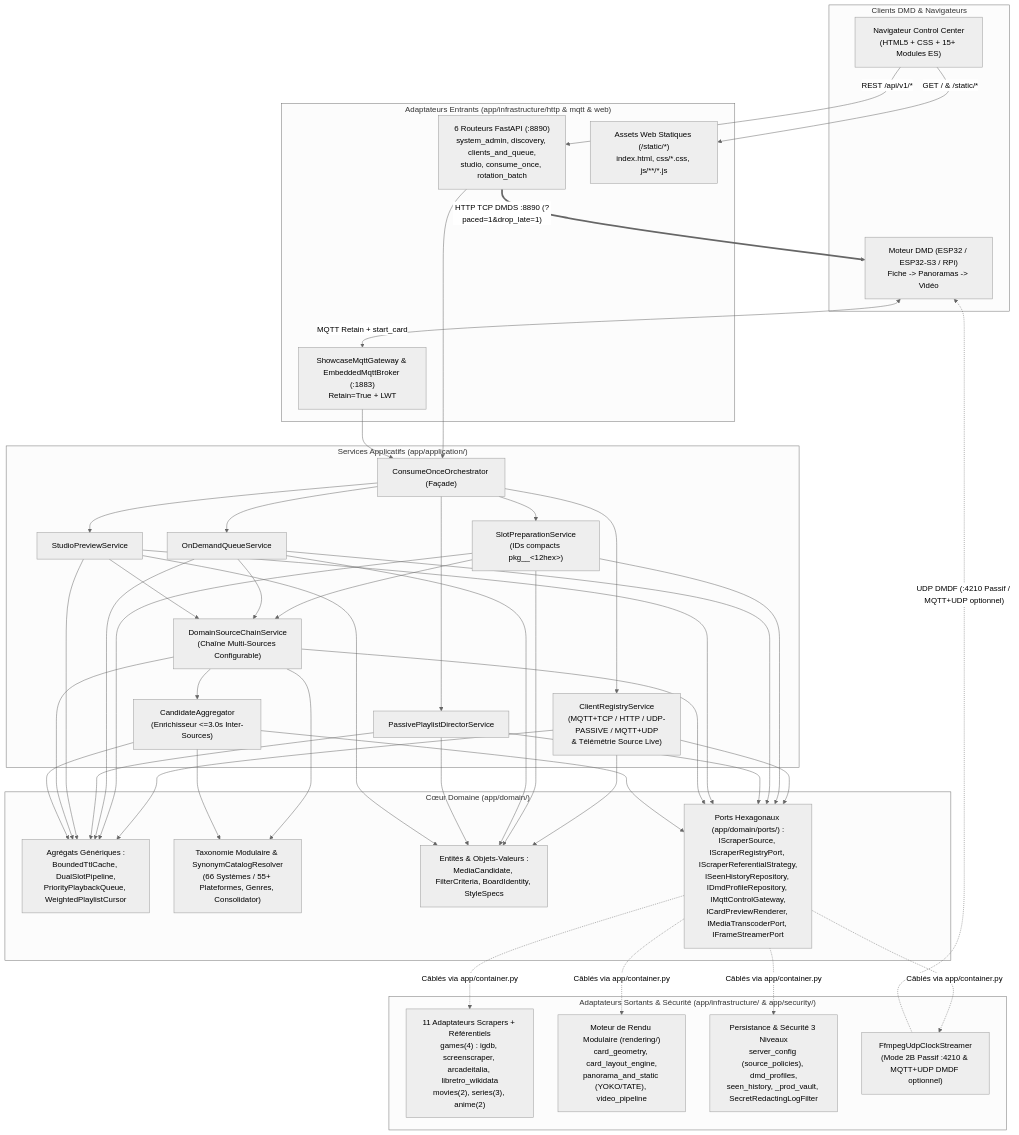
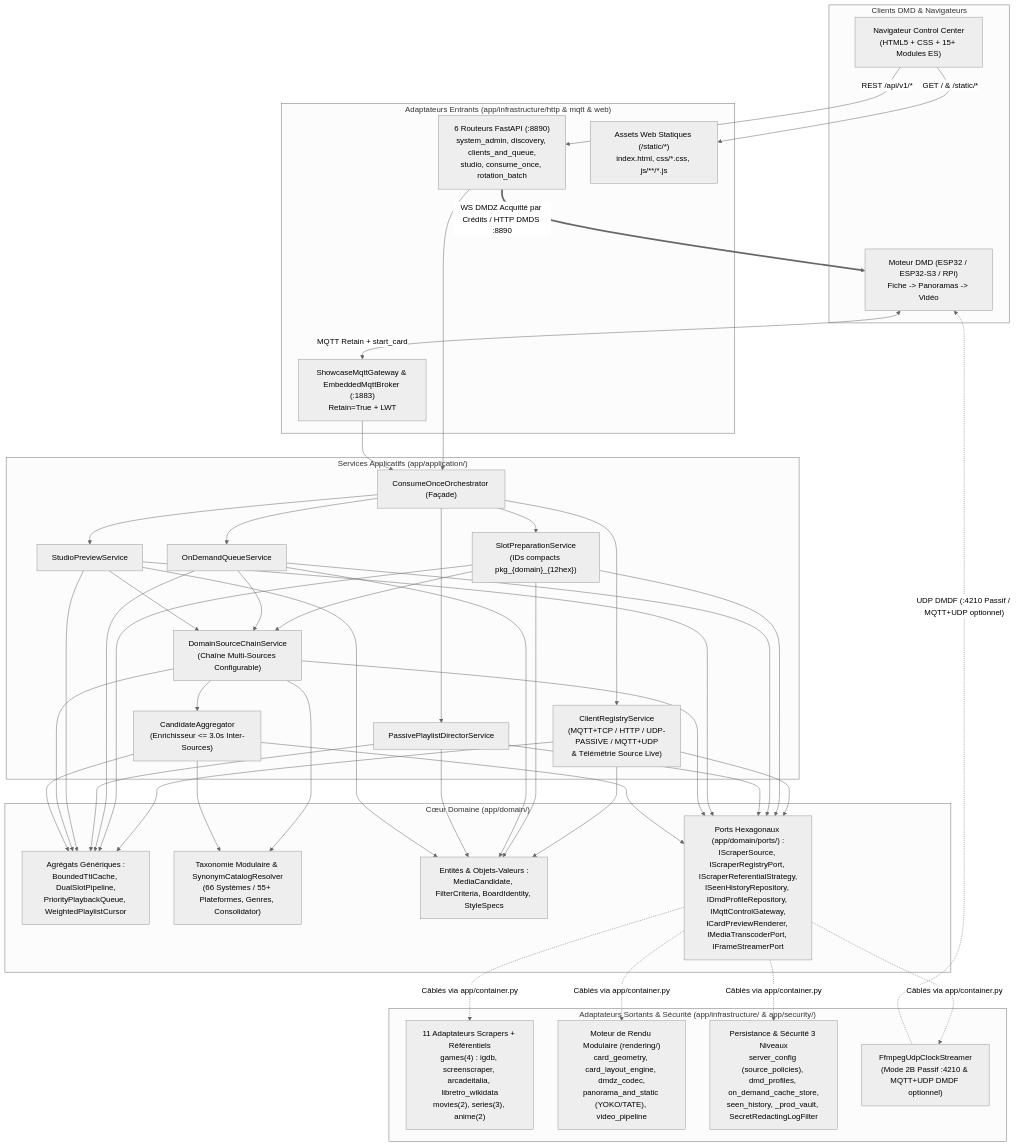
The first of 2 diagrams in docs/ARCHITECTURE_FR.md (red77290/dmd_media_showcase), drawn with Mermaid (neutral theme) before and after one commit. The commit also changed other lines of this file and 24 other files, not shown here.

````diff
--- a/docs/ARCHITECTURE_FR.md
+++ b/docs/ARCHITECTURE_FR.md
@@ -18,52 +18,52 @@
 ```mermaid
 flowchart TD
     subgraph DMD["Clients DMD & Navigateurs"]
         BROWSER["Navigateur Control Center\n(HTML5 + CSS + 15+ Modules ES)"]
         ENG["Moteur DMD (ESP32 / ESP32-S3 / RPi)\nFiche -> Panoramas -> Vidéo"]
     end
 
     subgraph INFRA_IN["Adaptateurs Entrants (app/infrastructure/http & mqtt & web)"]
         ROUTERS["6 Routeurs FastAPI (:8890)\nsystem_admin, discovery, clients_and_queue,\nstudio, consume_once, rotation_batch"]
         STATIC["Assets Web Statiques (/static/*)\nindex.html, css/*.css, js/**/*.js"]
         MQTT["ShowcaseMqttGateway & EmbeddedMqttBroker (:1883)\nRetain=True + LWT"]
     end
 
     subgraph APP["Services Applicatifs (app/application/)"]
         ORCH["ConsumeOnceOrchestrator (Façade)"]
         REG_SVC["ClientRegistryService\n(MQTT+TCP / HTTP / UDP-PASSIVE / MQTT+UDP\n& Télémétrie Source Live)"]
-        PREP_SVC["SlotPreparationService\n(IDs compacts pkg_<domain>_<12hex>)"]
+        PREP_SVC["SlotPreparationService\n(IDs compacts pkg_{domain}_{12hex})"]
         QUEUE_SVC["OnDemandQueueService"]
         DIR_SVC["PassivePlaylistDirectorService"]
         STUDIO_SVC["StudioPreviewService"]
         CHAIN["DomainSourceChainService\n(Chaîne Multi-Sources Configurable)"]
-        AGG_SVC["CandidateAggregator\n(Enrichisseur <=3.0s Inter-Sources)"]
+        AGG_SVC["CandidateAggregator\n(Enrichisseur <= 3.0s Inter-Sources)"]
     end
 
     subgraph DOMAIN["Cœur Domaine (app/domain/)"]
         AGG["Agrégats Génériques :\nBoundedTtlCache, DualSlotPipeline,\nPriorityPlaybackQueue, WeightedPlaylistCursor"]
         TAX["Taxonomie Modulaire & SynonymCatalogResolver\n(66 Systèmes / 55+ Plateformes, Genres, Consolidator)"]
         VO["Entités & Objets-Valeurs :\nMediaCandidate, FilterCriteria, BoardIdentity, StyleSpecs"]
         PORTS["Ports Hexagonaux (app/domain/ports/) :\nIScraperSource, IScraperRegistryPort, IScraperReferentialStrategy,\nISeenHistoryRepository, IDmdProfileRepository, IMqttControlGateway,\nICardPreviewRenderer, IMediaTranscoderPort, IFrameStreamerPort"]
     end
 
     subgraph INFRA_OUT["Adaptateurs Sortants & Sécurité (app/infrastructure/ & app/security/)"]
         SCRAPERS["11 Adaptateurs Scrapers + Référentiels\ngames(4) : igdb, screenscraper, arcadeitalia, libretro_wikidata\nmovies(2), series(3), anime(2)"]
-        RENDER["Moteur de Rendu Modulaire (rendering/)\ncard_geometry, card_layout_engine,\npanorama_and_static (YOKO/TATE), video_pipeline"]
-        PERSIST["Persistance & Sécurité 3 Niveaux\nserver_config (source_policies), dmd_profiles,\nseen_history, _prod_vault, SecretRedactingLogFilter"]
+        RENDER["Moteur de Rendu Modulaire (rendering/)\ncard_geometry, card_layout_engine, dmdz_codec,\npanorama_and_static (YOKO/TATE), video_pipeline"]
+        PERSIST["Persistance & Sécurité 3 Niveaux\nserver_config (source_policies), dmd_profiles, on_demand_cache_store,\nseen_history, _prod_vault, SecretRedactingLogFilter"]
         UDP["FfmpegUdpClockStreamer\n(Mode 2B Passif :4210 & MQTT+UDP DMDF optionnel)"]
     end
 
     BROWSER -->|"GET / & /static/*"| STATIC
     BROWSER -->|"REST /api/v1/*"| ROUTERS
     ENG <-->|"MQTT Retain + start_card"| MQTT
-    ROUTERS ==>|"HTTP TCP DMDS :8890 (?paced=1&drop_late=1)"| ENG
+    ROUTERS ==>|"WS DMDZ Acquitté par Crédits / HTTP DMDS :8890"| ENG
     ROUTERS --> ORCH
     MQTT --> ORCH
     ORCH --> REG_SVC & PREP_SVC & QUEUE_SVC & DIR_SVC & STUDIO_SVC
     PREP_SVC & QUEUE_SVC & STUDIO_SVC --> CHAIN
     CHAIN --> AGG_SVC
     REG_SVC & PREP_SVC & QUEUE_SVC & DIR_SVC & STUDIO_SVC --> AGG & VO & PORTS
     CHAIN & AGG_SVC --> TAX & AGG & PORTS
     PORTS -.->|"Câblés via app/container.py"| SCRAPERS & RENDER & PERSIST & UDP
     UDP -.->|"UDP DMDF (:4210 Passif / MQTT+UDP optionnel)"| ENG
 ```
````
